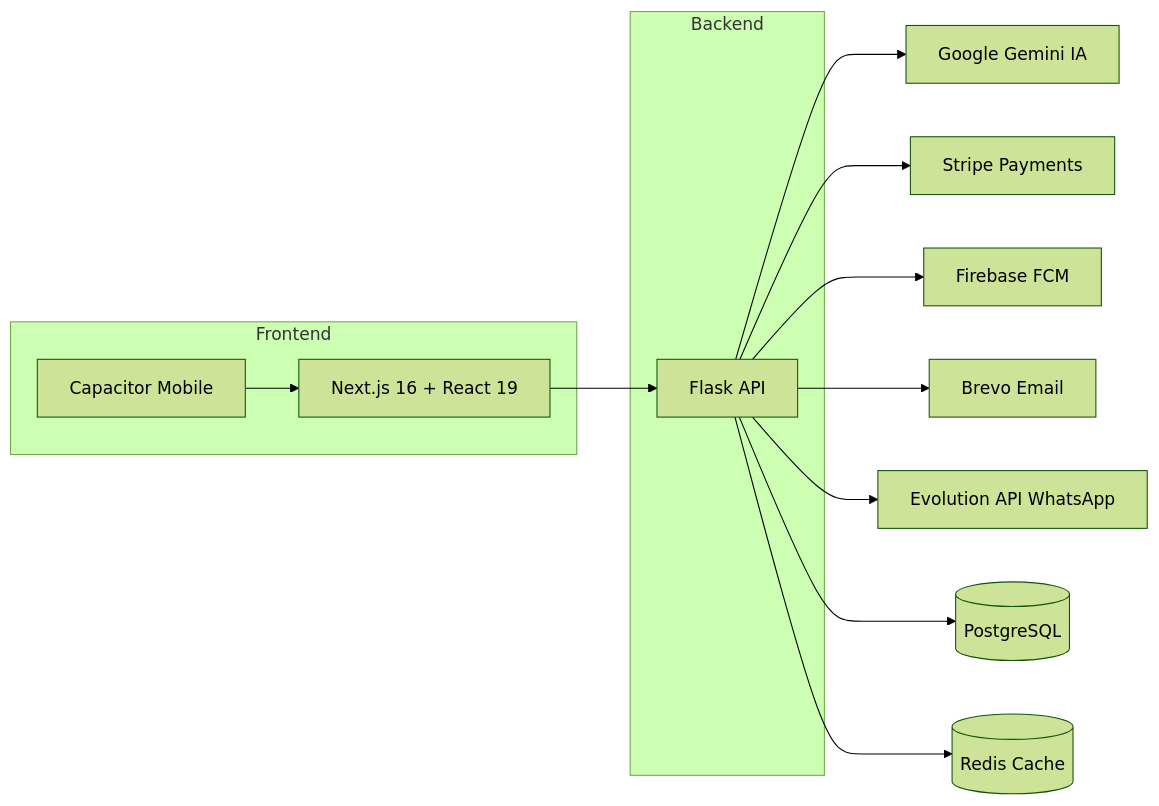
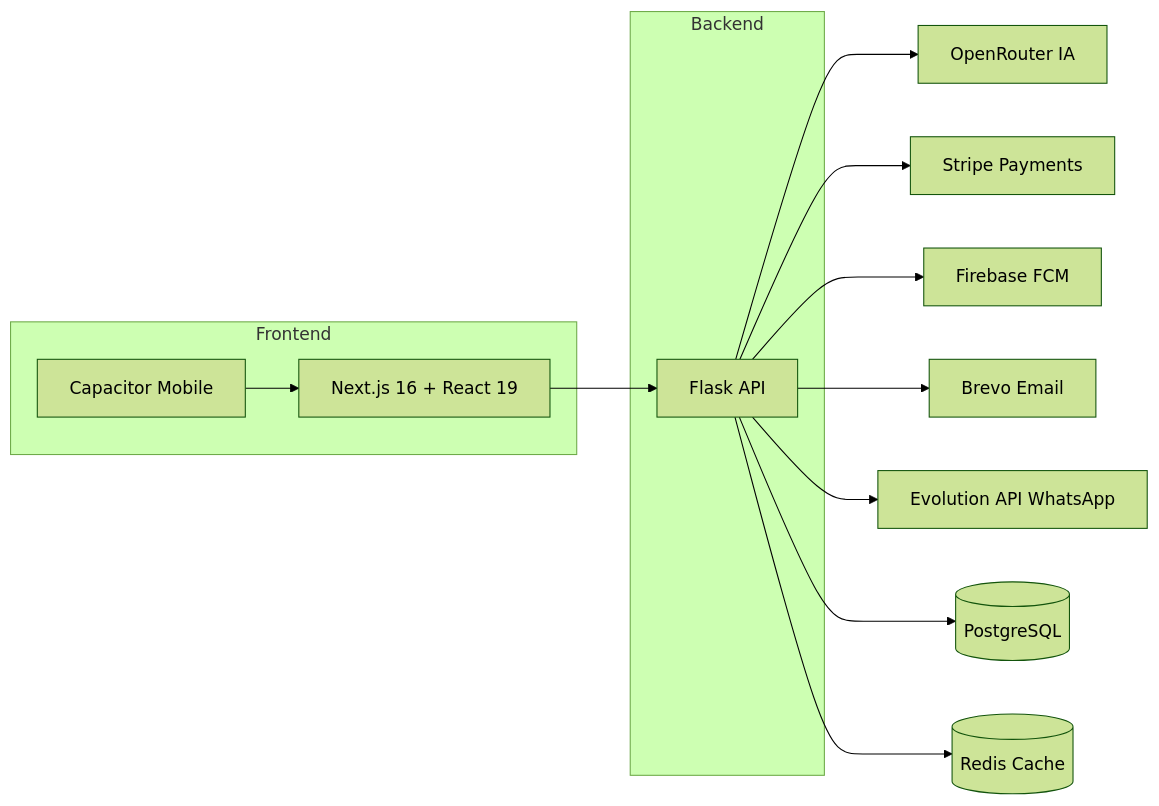
Before and after one commit to douglas-germano/fitgen: the second of 2 diagrams in docs/architecture_diagram.md, drawn with Mermaid (forest theme). The commit also changed other lines of this file and 293 other files, not shown here.

````diff
--- a/docs/architecture_diagram.md
+++ b/docs/architecture_diagram.md
@@ -221,22 +221,22 @@
 ```mermaid
 flowchart LR
     subgraph Backend
         API[Flask API]
     end
 
-    API --> Gemini[Google Gemini IA]
+    API --> OpenRouter[OpenRouter IA]
     API --> Stripe[Stripe Payments]
     API --> FCM[Firebase FCM]
     API --> Brevo[Brevo Email]
     API --> Evolution[Evolution API WhatsApp]
     API --> PostgreSQL[(PostgreSQL)]
     API --> Redis[(Redis Cache)]
 
     subgraph Frontend
         Next[Next.js 16 + React 19]
         Capacitor[Capacitor Mobile]
     end
 
     Next --> API
     Capacitor --> Next
 ```
````
